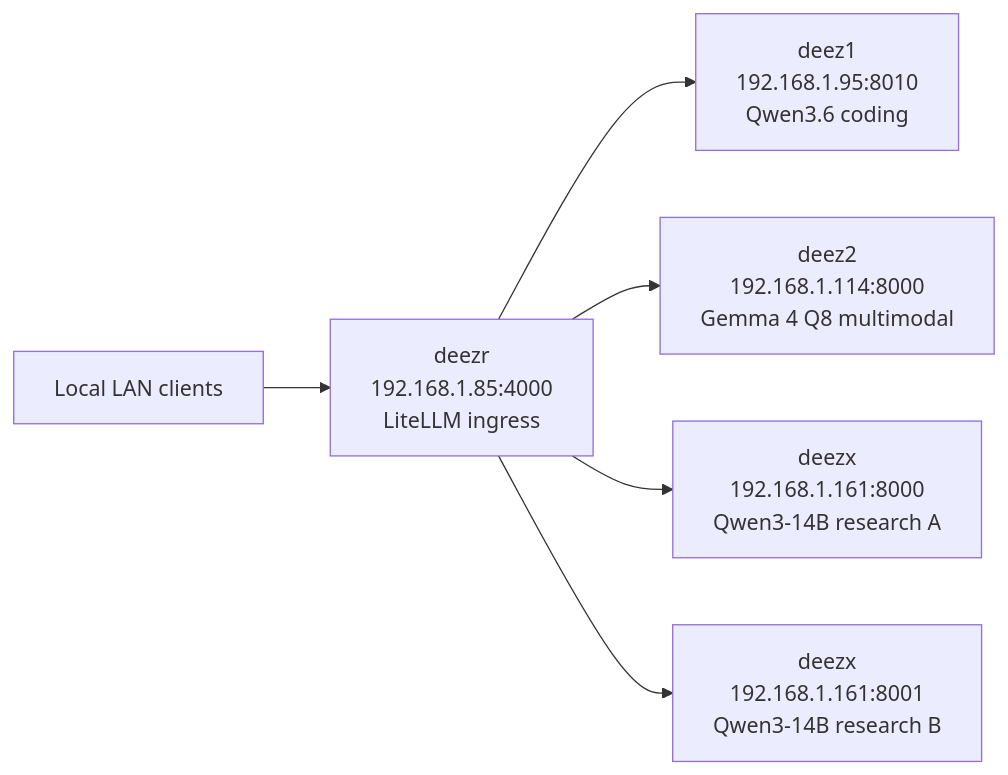
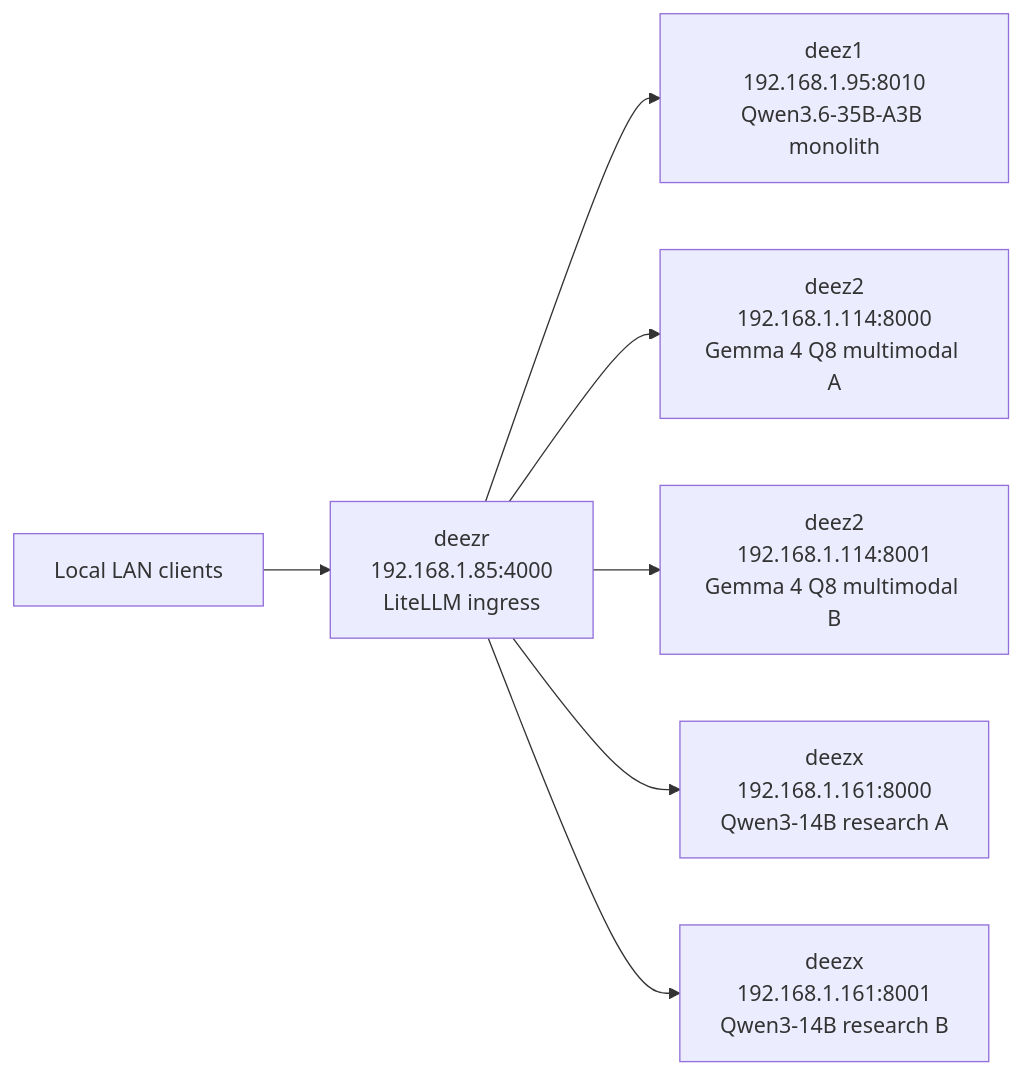
The diagram in README.md (3p3r/my-harness), drawn with Mermaid before and after one commit. The commit also changed other lines of this file and 7 other files, not shown here.

````diff
--- a/README.md
+++ b/README.md
@@ -48,8 +38,9 @@
 ```mermaid
 flowchart LR
     Client[Local LAN clients] --> Router[deezr\n192.168.1.85:4000\nLiteLLM ingress]
-    Router --> Coding[deez1\n192.168.1.95:8010\nQwen3.6 coding]
-    Router --> Thinking[deez2\n192.168.1.114:8000\nGemma 4 Q8 multimodal]
+    Router --> Coding[deez1\n192.168.1.95:8010\nQwen3.6-35B-A3B monolith]
+    Router --> ThinkingA[deez2\n192.168.1.114:8000\nGemma 4 Q8 multimodal A]
+    Router --> ThinkingB[deez2\n192.168.1.114:8001\nGemma 4 Q8 multimodal B]
     Router --> ResearchA[deezx\n192.168.1.161:8000\nQwen3-14B research A]
     Router --> ResearchB[deezx\n192.168.1.161:8001\nQwen3-14B research B]
 ```
````
